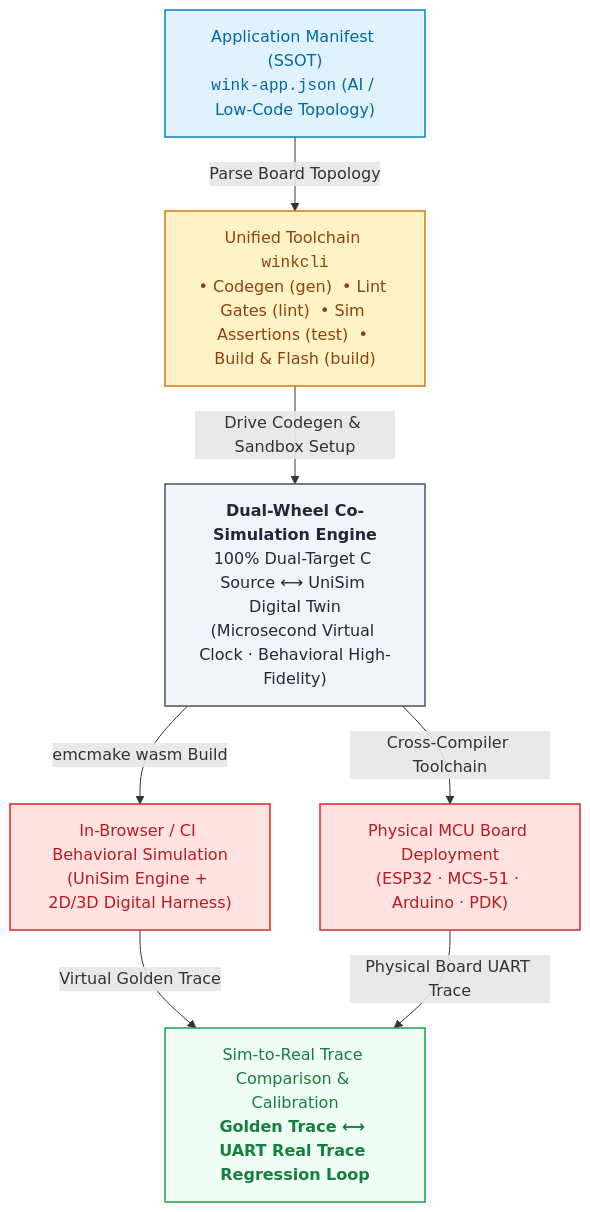
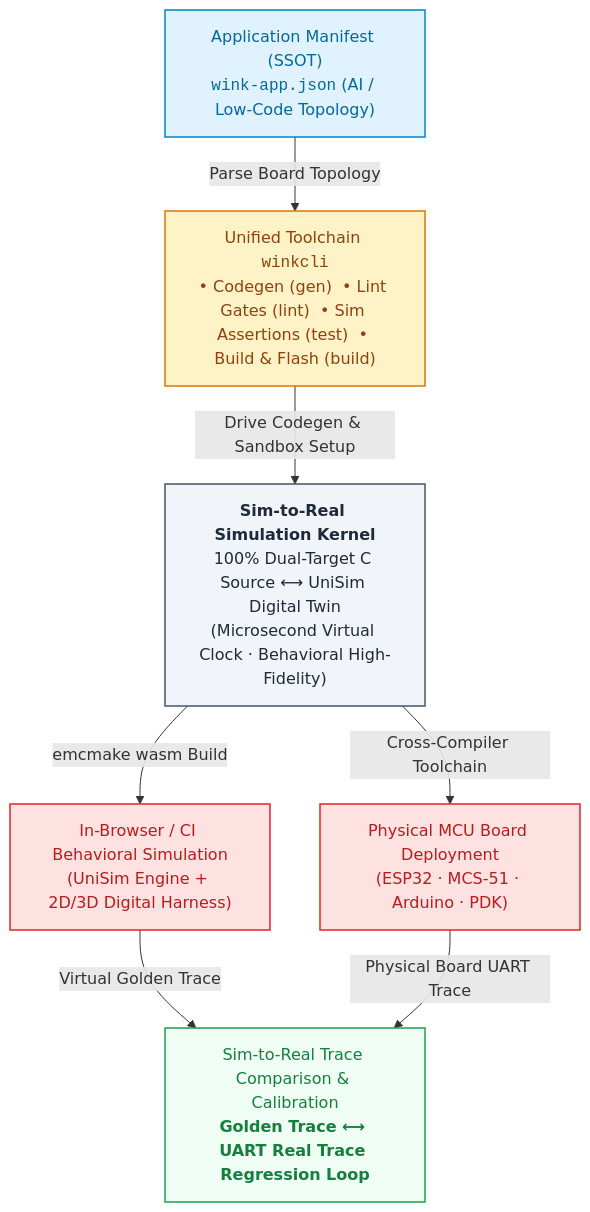
Before and after one commit to wink-cloud-hub/wink-ai-embedded: the first of 3 diagrams in README.md, drawn with Mermaid. The commit also changed other lines of this file and 1 other file, not shown here.

````diff
--- a/README.md
+++ b/README.md
@@ -170,27 +170,27 @@
 ```mermaid
 graph TD
     classDef input fill:#e0f2fe,stroke:#0284c7,stroke-width:1.5px,color:#0369a1;
     classDef tool fill:#fef3c7,stroke:#d97706,stroke-width:1.5px,color:#92400e;
     classDef core fill:#f1f5f9,stroke:#475569,stroke-width:1.5px,color:#1e293b;
     classDef target fill:#fee2e2,stroke:#dc2626,stroke-width:1.5px,color:#b91c1c;
     classDef verify fill:#f0fdf4,stroke:#16a34a,stroke-width:1.5px,color:#15803d;
 
     Manifest["Application Manifest (SSOT)<br><code>wink-app.json</code> (AI / Low-Code Topology)"]:::input
     CLI["Unified Toolchain <code>winkcli</code><br>• Codegen (gen)  • Lint Gates (lint)  • Sim Assertions (test)  • Build & Flash (build)"]:::tool
 
-    DualWheel["<b>Dual-Wheel Co-Simulation Engine</b><br>100% Dual-Target C Source ⟷ UniSim Digital Twin<br>(Microsecond Virtual Clock · Behavioral High-Fidelity)"]:::core
+    SimKernel["<b>Sim-to-Real Simulation Kernel</b><br>100% Dual-Target C Source ⟷ UniSim Digital Twin<br>(Microsecond Virtual Clock · Behavioral High-Fidelity)"]:::core
 
     WasmTarget["In-Browser / CI Behavioral Simulation<br>(UniSim Engine + 2D/3D Digital Harness)"]:::target
     RealTarget["Physical MCU Board Deployment<br>(ESP32 · MCS-51 · Arduino · PDK)"]:::target
 
     TraceCheck["Sim-to-Real Trace Comparison & Calibration<br><b>Golden Trace ⟷ UART Real Trace Regression Loop</b>"]:::verify
 
     Manifest -->|"Parse Board Topology"| CLI
-    CLI -->|"Drive Codegen & Sandbox Setup"| DualWheel
+    CLI -->|"Drive Codegen & Sandbox Setup"| SimKernel
 
-    DualWheel -->|"emcmake wasm Build"| WasmTarget
-    DualWheel -->|"Cross-Compiler Toolchain"| RealTarget
+    SimKernel -->|"emcmake wasm Build"| WasmTarget
+    SimKernel -->|"Cross-Compiler Toolchain"| RealTarget
 
     WasmTarget -->|"Virtual Golden Trace"| TraceCheck
     RealTarget -->|"Physical Board UART Trace"| TraceCheck
 ```
````
